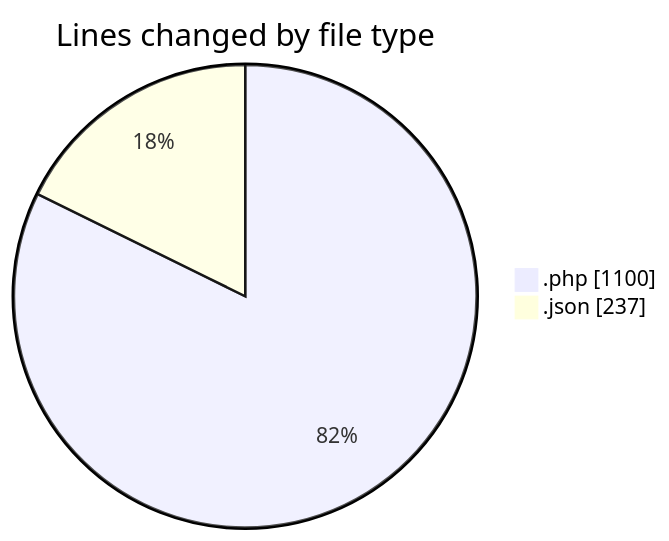
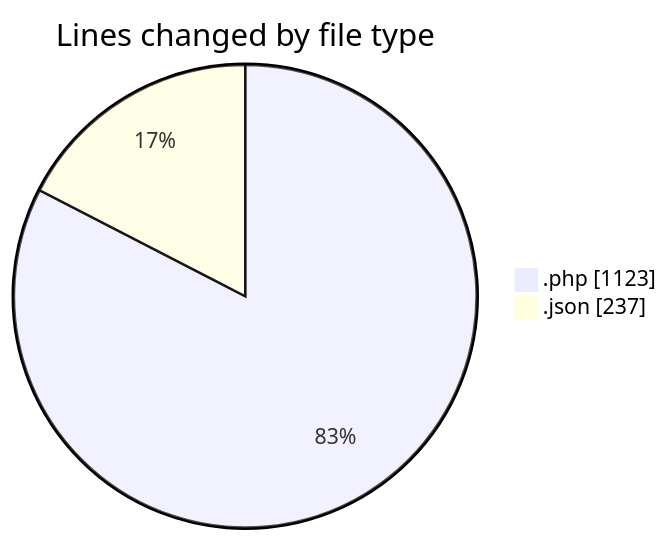
The first of 2 diagrams in 2025-05-25/bookingpodcas/README.md (idhammustaqopulfikri/code-tracking), drawn with Mermaid before and after one commit. The commit also changed other lines of this file and 1 other file, not shown here.

````diff
--- a/2025-05-25/bookingpodcas/README.md
+++ b/2025-05-25/bookingpodcas/README.md
@@ -34,6 +35,6 @@
 ```mermaid
 pie showData
 title Lines changed by file type
-".php" : 1100
+".php" : 1123
 ".json" : 237
 ```
````
